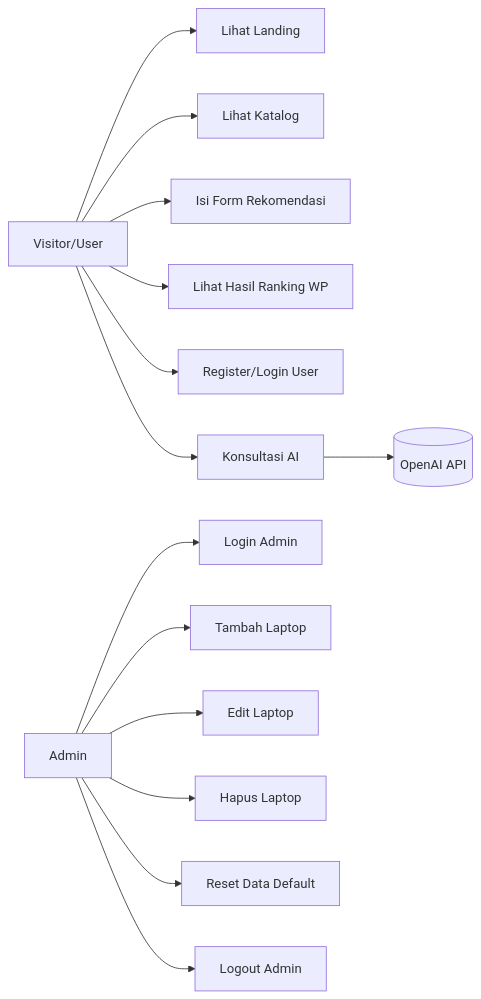
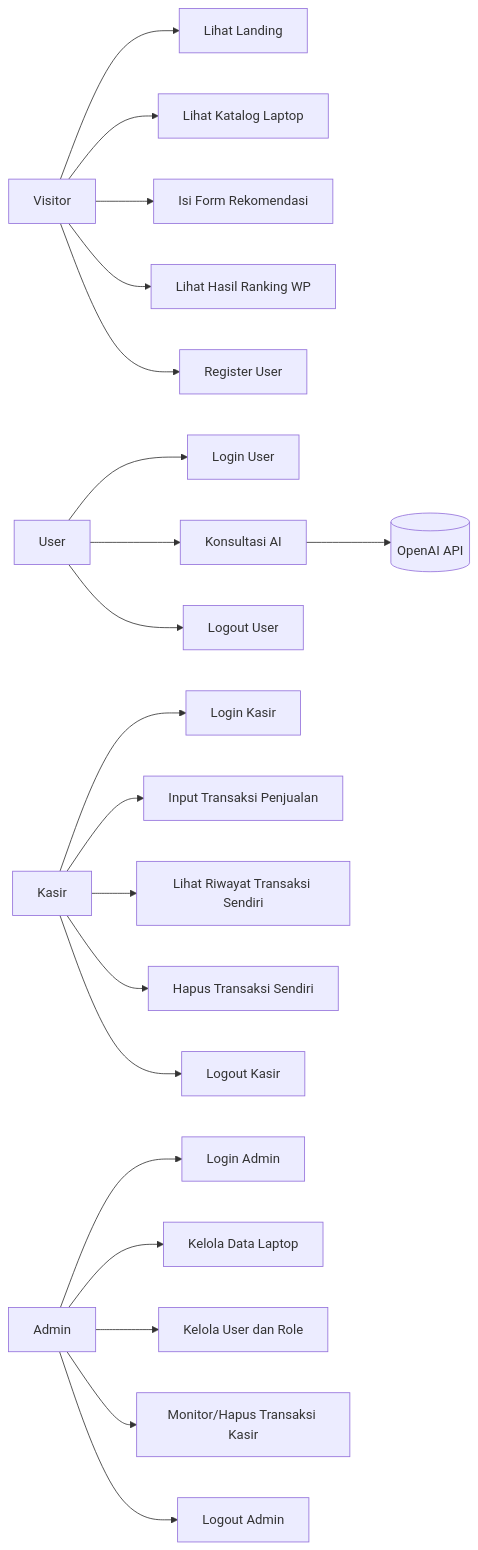
The first of 7 diagrams in README.md (yeniseptianiputri/ta-pemilihan-laptop), drawn with Mermaid before and after one commit. The commit also changed other lines of this file and 15 other files, not shown here.

````diff
--- a/README.md
+++ b/README.md
@@ -134,18 +150,26 @@
 ```mermaid
 flowchart LR
-    A[Visitor/User] --> UC1[Lihat Landing]
-    A --> UC2[Lihat Katalog]
-    A --> UC3[Isi Form Rekomendasi]
-    A --> UC4[Lihat Hasil Ranking WP]
-    A --> UC5[Register/Login User]
-    A --> UC6[Konsultasi AI]
+    V[Visitor] --> UC1[Lihat Landing]
+    V --> UC2[Lihat Katalog Laptop]
+    V --> UC3[Isi Form Rekomendasi]
+    V --> UC4[Lihat Hasil Ranking WP]
+    V --> UC5[Register User]
 
-    B[Admin] --> UC7[Login Admin]
-    B --> UC8[Tambah Laptop]
-    B --> UC9[Edit Laptop]
-    B --> UC10[Hapus Laptop]
-    B --> UC11[Reset Data Default]
-    B --> UC12[Logout Admin]
+    U[User] --> UC6[Login User]
+    U --> UC7[Konsultasi AI]
+    U --> UC8[Logout User]
 
-    UC6 --> EXT[(OpenAI API)]
+    K[Kasir] --> UC9[Login Kasir]
+    K --> UC10[Input Transaksi Penjualan]
+    K --> UC11[Lihat Riwayat Transaksi Sendiri]
+    K --> UC12[Hapus Transaksi Sendiri]
+    K --> UC13[Logout Kasir]
+
+    A[Admin] --> UC14[Login Admin]
+    A --> UC15[Kelola Data Laptop]
+    A --> UC16[Kelola User dan Role]
+    A --> UC17[Monitor/Hapus Transaksi Kasir]
+    A --> UC18[Logout Admin]
+
+    UC7 --> EXT[(OpenAI API)]
 ```
````
